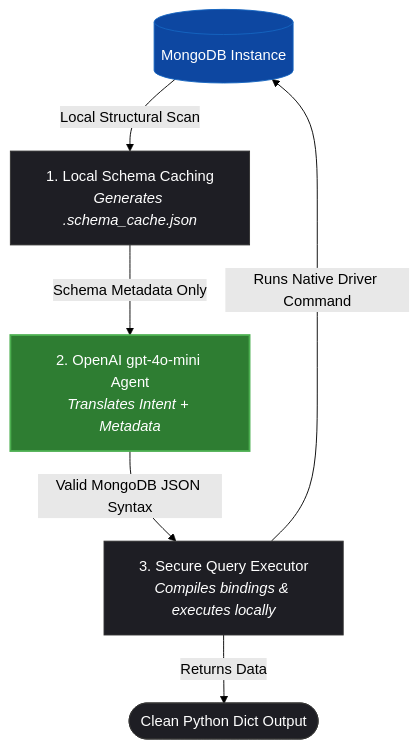
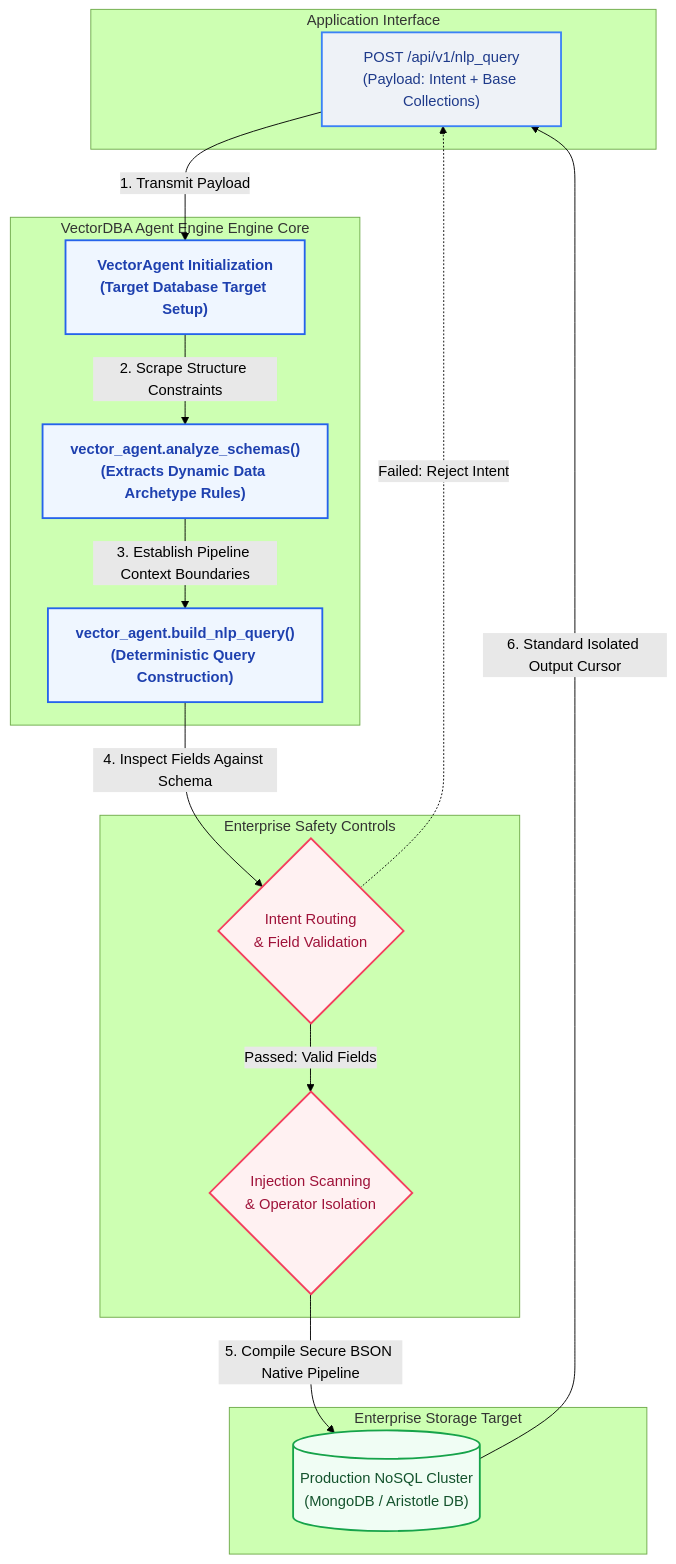
One commit to Satty27/vectordba changed the diagram in README.md. Above: the diagram before and after it, drawn with Mermaid (forest theme).

````diff
--- a/README.md
+++ b/README.md
@@ -110,21 +110,49 @@
 ```mermaid
 graph TD
-    %% Define Styles & Colors
-    classDef default fill:#1e1e24,stroke:#333,stroke-width:1px,color:#fff;
-    classDef highlight fill:#2e7d32,stroke:#4caf50,stroke-width:2px,color:#fff;
-    classDef db fill:#0d47a1,stroke:#1565c0,stroke-width:1px,color:#fff;
+    %% Styling and Color Palettes (Enterprise Vibe)
+    classDef client fill:#eef2f7,stroke:#3b82f6,stroke-width:2px,color:#1e3a8a;
+    classDef engine fill:#eff6ff,stroke:#2563eb,stroke-width:2px,color:#1e40af,font-weight:bold;
+    classDef security fill:#fff1f2,stroke:#f43f5e,stroke-width:2px,color:#9f1239;
+    classDef database fill:#f0fdf4,stroke:#16a34a,stroke-width:2px,color:#14532d;
+    classDef structural fill:#fafafa,stroke:#71717a,stroke-width:1px,color:#27272a;
 
-    DB[(MongoDB Instance)]:::db
-    Schema[1. Local Schema Caching<br/><i>Generates .schema_cache.json</i>]:::default
-    LLM[2. OpenAI gpt-4o-mini Agent<br/><i>Translates Intent + Metadata</i>]:::highlight
-    Executor[3. Secure Query Executor<br/><i>Compiles bindings & executes locally</i>]:::default
-    Result([Clean Python Dict Output]):::default
+    %% 1. Ingestion Layer
+    subgraph Client_Layer ["Application Interface"]
+        API_Call["POST /api/v1/nlp_query<br>(Payload: Intent + Base Collections)"]:::client
+    end
 
-    %% Flow Connections
-    DB -->|Local Structural Scan| Schema
-    Schema -->|Schema Metadata Only| LLM
-    LLM -->|Valid MongoDB JSON Syntax| Executor
-    Executor -->|Runs Native Driver Command| DB
-    Executor -->|Returns Data| Result
+    %% 2. Orchestration Layer
+    subgraph VectorDBA_Engine ["VectorDBA Agent Engine Engine Core"]
+        Init["VectorAgent Initialization<br>(Target Database Target Setup)"]:::engine
+        SchemaAnalzer["vector_agent.analyze_schemas()<br>(Extracts Dynamic Data Archetype Rules)"]:::engine
+        Builder["vector_agent.build_nlp_query()<br>(Deterministic Query Construction)"]:::engine
+    end
+
+    %% 3. Security & Validation Layer
+    subgraph Security_Guardrails ["Enterprise Safety Controls"]
+        IntentRouter{"Intent Routing<br>& Field Validation"}:::security
+        Sanitize{"Injection Scanning<br>& Operator Isolation"}:::security
+    end
+
+    %% 4. Data Execution Target
+    subgraph Infrastructure ["Enterprise Storage Target"]
+        MongoCluster[("Production NoSQL Cluster<br>(MongoDB / Aristotle DB)")]:::database
+    end
+
+    %% Data Pipeline Connections Flow
+    API_Call -->|1. Transmit Payload| Init
+    Init -->|2. Scrape Structure Constraints| SchemaAnalzer
+    SchemaAnalzer -->|3. Establish Pipeline Context Boundaries| Builder
+    
+    Builder -->|4. Inspect Fields Against Schema| IntentRouter
+    IntentRouter -->|Passed: Valid Fields| Sanitize
+    IntentRouter -.->|Failed: Reject Intent| API_Call
+    
+    Sanitize -->|5. Compile Secure BSON Native Pipeline| MongoCluster
+    
+    MongoCluster -->|6. Standard Isolated Output Cursor| API_Call
+
+    %% Apply Styles to classes
+    class Builder,SchemaAnalzer,Init engine;
   
 ```
````
